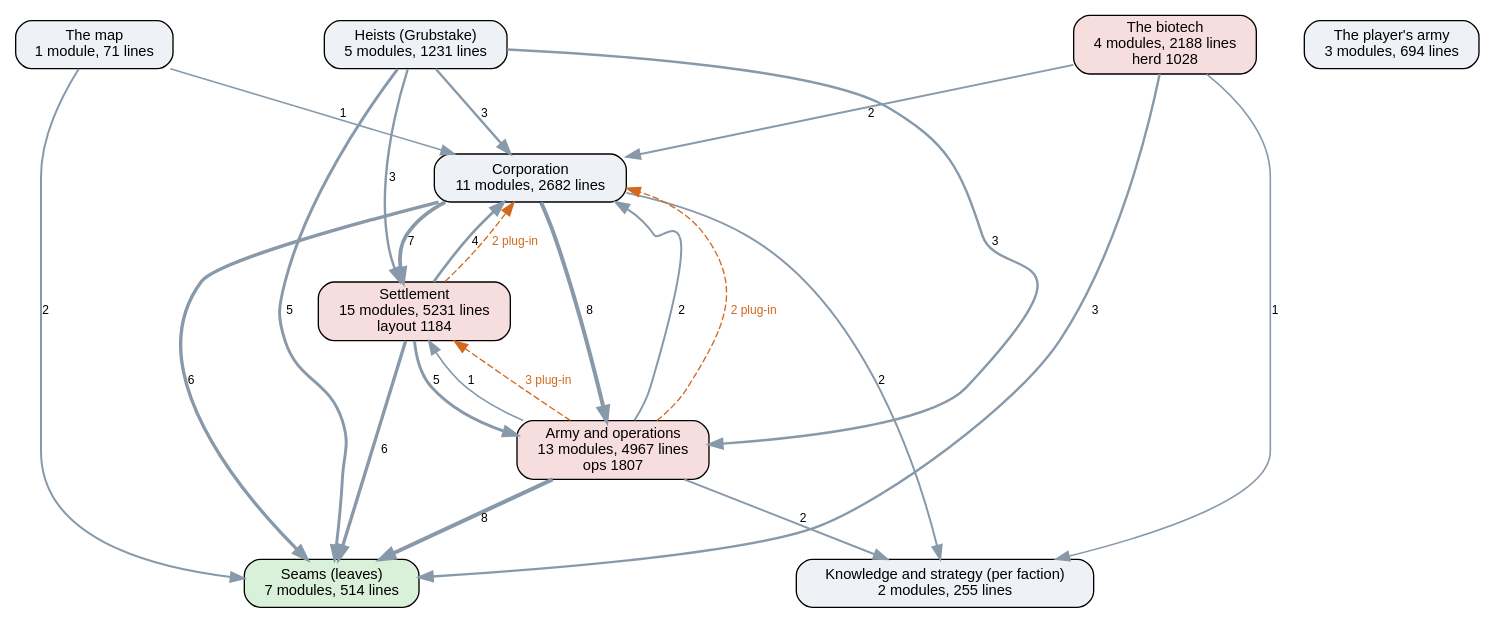
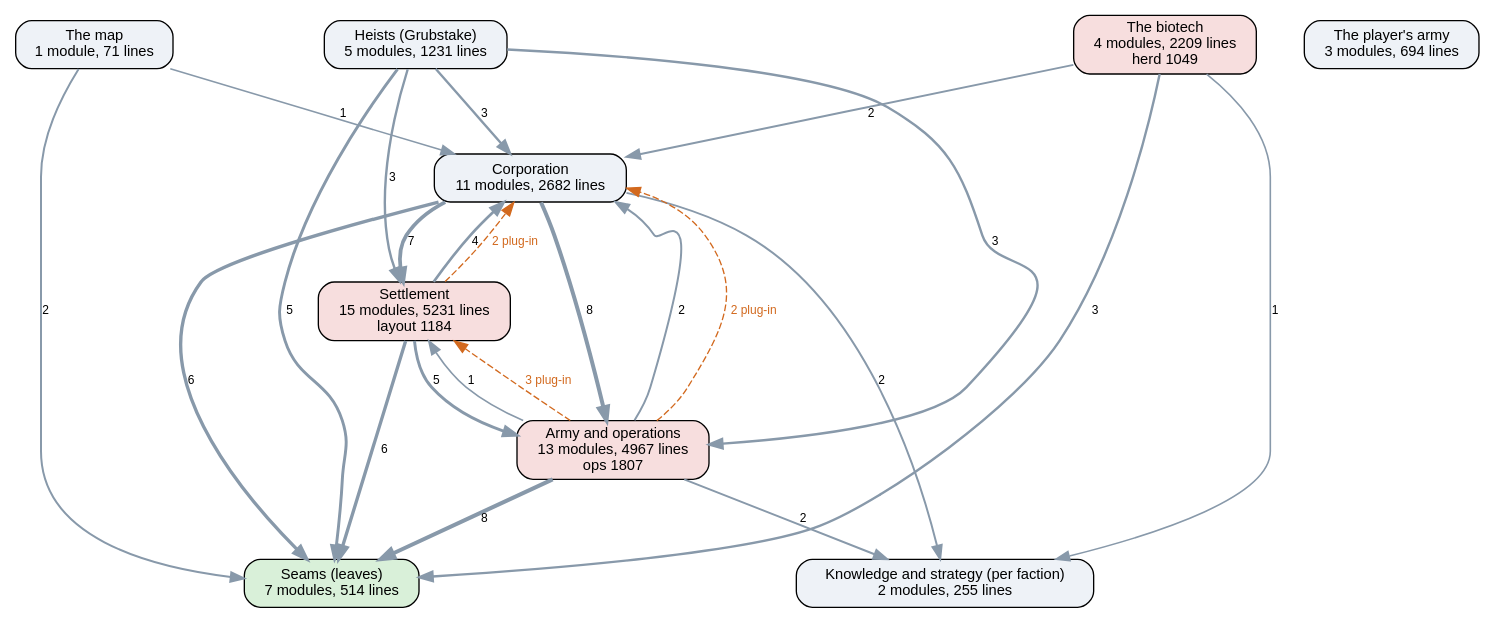
One commit to kinelhu/landing-party changed the diagram in docs/ai-layers.dot. Above: the diagram before and after it, drawn with Graphviz. The commit also changed 8 other files, not shown here.

```diff
--- a/docs/ai-layers.dot
+++ b/docs/ai-layers.dot
@@ -1,37 +1,37 @@
 digraph layers {
   graph [rankdir=TB, fontname="Helvetica", nodesep=0.5, ranksep=0.7];
   node [shape=box, style="rounded,filled", fontname="Helvetica", fontsize=11, fillcolor="#eef2f7"];
   edge [color="#8899aa", fontname="Helvetica", fontsize=9];
   "Seams (leaves)" [label="Seams (leaves)\n7 modules, 514 lines", fillcolor="#d9f0d9"];
   "Knowledge and strategy (per faction)" [label="Knowledge and strategy (per faction)\n2 modules, 255 lines", fillcolor="#eef2f7"];
   "Corporation" [label="Corporation\n11 modules, 2682 lines", fillcolor="#eef2f7"];
   "Settlement" [label="Settlement\n15 modules, 5231 lines\nlayout 1184", fillcolor="#f7dede"];
   "Army and operations" [label="Army and operations\n13 modules, 4967 lines\nops 1807", fillcolor="#f7dede"];
   "Heists (Grubstake)" [label="Heists (Grubstake)\n5 modules, 1231 lines", fillcolor="#eef2f7"];
-  "The biotech" [label="The biotech\n4 modules, 2188 lines\nherd 1028", fillcolor="#f7dede"];
+  "The biotech" [label="The biotech\n4 modules, 2209 lines\nherd 1049", fillcolor="#f7dede"];
   "The map" [label="The map\n1 module, 71 lines", fillcolor="#eef2f7"];
   "The player's army" [label="The player's army\n3 modules, 694 lines", fillcolor="#eef2f7"];
   "Army and operations" -> "Corporation" [label="2", penwidth=1.5];
   "Army and operations" -> "Knowledge and strategy (per faction)" [label="2", penwidth=1.5];
   "Army and operations" -> "Seams (leaves)" [label="8", penwidth=3.0];
   "Army and operations" -> "Settlement" [label="1", penwidth=1.2];
   "Corporation" -> "Army and operations" [label="8", penwidth=3.0];
   "Corporation" -> "Knowledge and strategy (per faction)" [label="2", penwidth=1.5];
   "Corporation" -> "Seams (leaves)" [label="6", penwidth=2.5];
   "Corporation" -> "Settlement" [label="7", penwidth=2.8];
   "Heists (Grubstake)" -> "Army and operations" [label="3", penwidth=1.8];
   "Heists (Grubstake)" -> "Corporation" [label="3", penwidth=1.8];
   "Heists (Grubstake)" -> "Seams (leaves)" [label="5", penwidth=2.2];
   "Heists (Grubstake)" -> "Settlement" [label="3", penwidth=1.8];
   "Settlement" -> "Army and operations" [label="5", penwidth=2.2];
   "Settlement" -> "Corporation" [label="4", penwidth=2.0];
   "Settlement" -> "Seams (leaves)" [label="6", penwidth=2.5];
   "The biotech" -> "Corporation" [label="2", penwidth=1.5];
   "The biotech" -> "Knowledge and strategy (per faction)" [label="1", penwidth=1.2];
   "The biotech" -> "Seams (leaves)" [label="3", penwidth=1.8];
   "The map" -> "Corporation" [label="1", penwidth=1.2];
   "The map" -> "Seams (leaves)" [label="2", penwidth=1.5];
   "Army and operations" -> "Corporation" [style=dashed, color="#d2691e", fontcolor="#d2691e", label="2 plug-in"];
   "Army and operations" -> "Settlement" [style=dashed, color="#d2691e", fontcolor="#d2691e", label="3 plug-in"];
   "Settlement" -> "Corporation" [style=dashed, color="#d2691e", fontcolor="#d2691e", label="2 plug-in"];
 }
```
